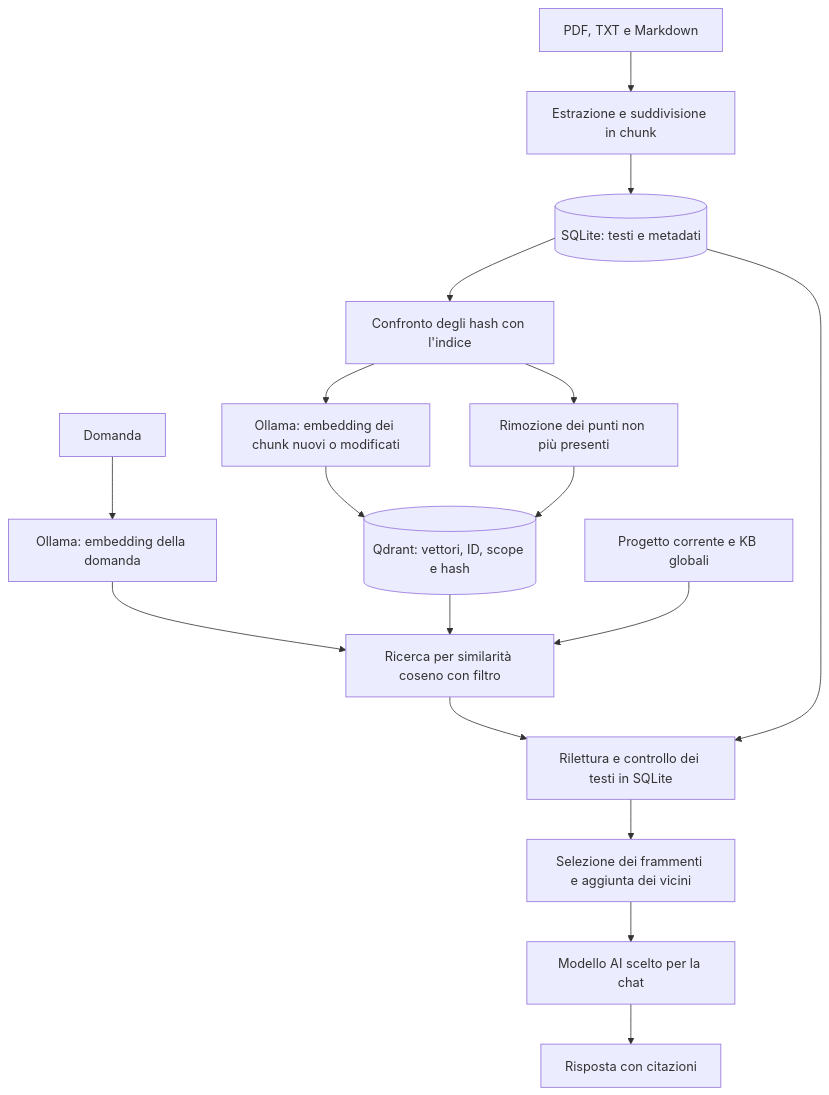
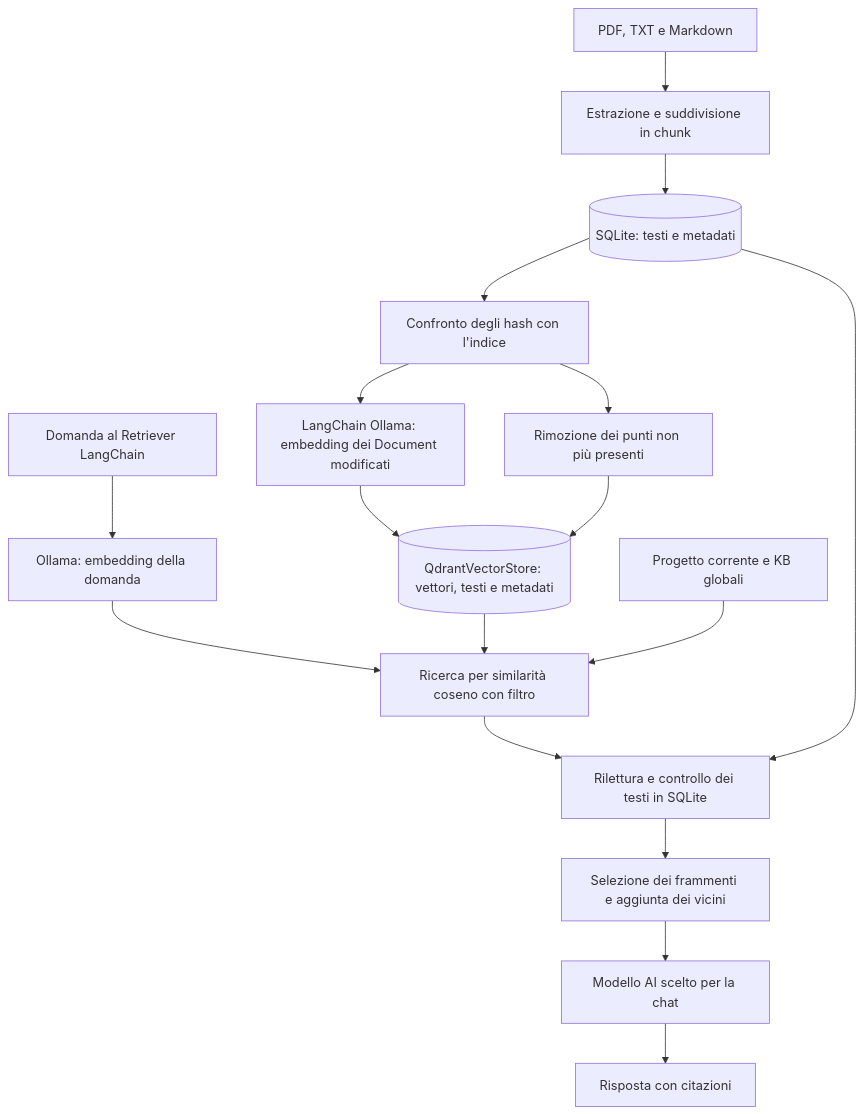
Before and after one commit to MontesanoDev/Tesi: the diagram in backend/docs/ricerca-vettoriale.md, drawn with Mermaid. The commit also changed other lines of this file and 10 other files, not shown here.

Commit message:
refactor: use LangChain retrievers and Qdrant integration

````diff
--- a/backend/docs/ricerca-vettoriale.md
+++ b/backend/docs/ricerca-vettoriale.md
@@ -52,19 +58,19 @@
 ```mermaid
 flowchart TD
     D[PDF, TXT e Markdown] --> C[Estrazione e suddivisione in chunk]
     C --> S[(SQLite: testi e metadati)]
     S --> H[Confronto degli hash con l'indice]
-    H --> E[Ollama: embedding dei chunk nuovi o modificati]
-    E --> V[(Qdrant: vettori, ID, scope e hash)]
+    H --> E[LangChain Ollama: embedding dei Document modificati]
+    E --> V[(QdrantVectorStore: vettori, testi e metadati)]
     H --> X[Rimozione dei punti non più presenti]
     X --> V
-    Q[Domanda] --> EQ[Ollama: embedding della domanda]
+    Q[Domanda al Retriever LangChain] --> EQ[Ollama: embedding della domanda]
     EQ --> R[Ricerca per similarità coseno con filtro]
     V --> R
     F[Progetto corrente e KB globali] --> R
     R --> L[Rilettura e controllo dei testi in SQLite]
     S --> L
     L --> N[Selezione dei frammenti e aggiunta dei vicini]
     N --> G[Modello AI scelto per la chat]
     G --> A[Risposta con citazioni]
 ```
````
